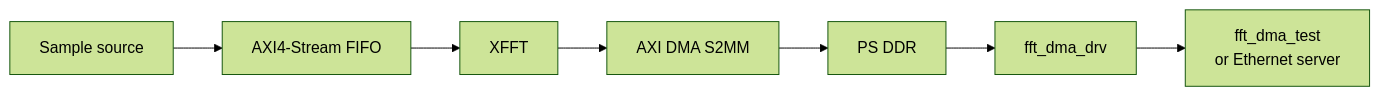
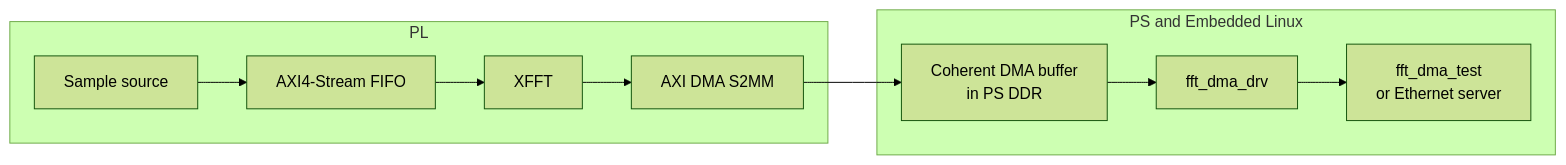
Before and after one commit to Linciyou/fpga-accelerated-embedded-linux-zynq: the diagram in README.md, drawn with Mermaid (forest theme). The commit also changed other lines of this file, not shown here.

````diff
--- a/README.md
+++ b/README.md
@@ -46,9 +35,13 @@
 ```mermaid
 flowchart LR
-    Source["Sample source"] --> FIFO["AXI4-Stream FIFO"]
-    FIFO --> FFT["XFFT"]
-    FFT --> DMA["AXI DMA S2MM"]
-    DMA --> DDR["PS DDR"]
-    DDR --> Driver["fft_dma_drv"]
-    Driver --> App["fft_dma_test<br/>or Ethernet server"]
+    subgraph PL["PL"]
+        Source["Sample source"] --> FIFO["AXI4-Stream FIFO"]
+        FIFO --> FFT["XFFT"]
+        FFT --> DMA["AXI DMA S2MM"]
+    end
+    subgraph PS["PS and Embedded Linux"]
+        Buffer["Coherent DMA buffer<br/>in PS DDR"] --> Driver["fft_dma_drv"]
+        Driver --> App["fft_dma_test<br/>or Ethernet server"]
+    end
+    DMA --> Buffer
 ```
````
